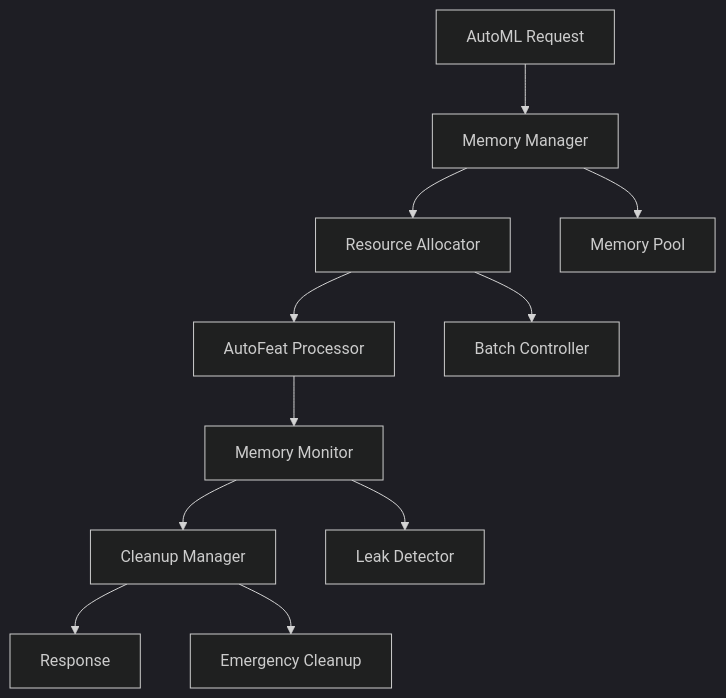
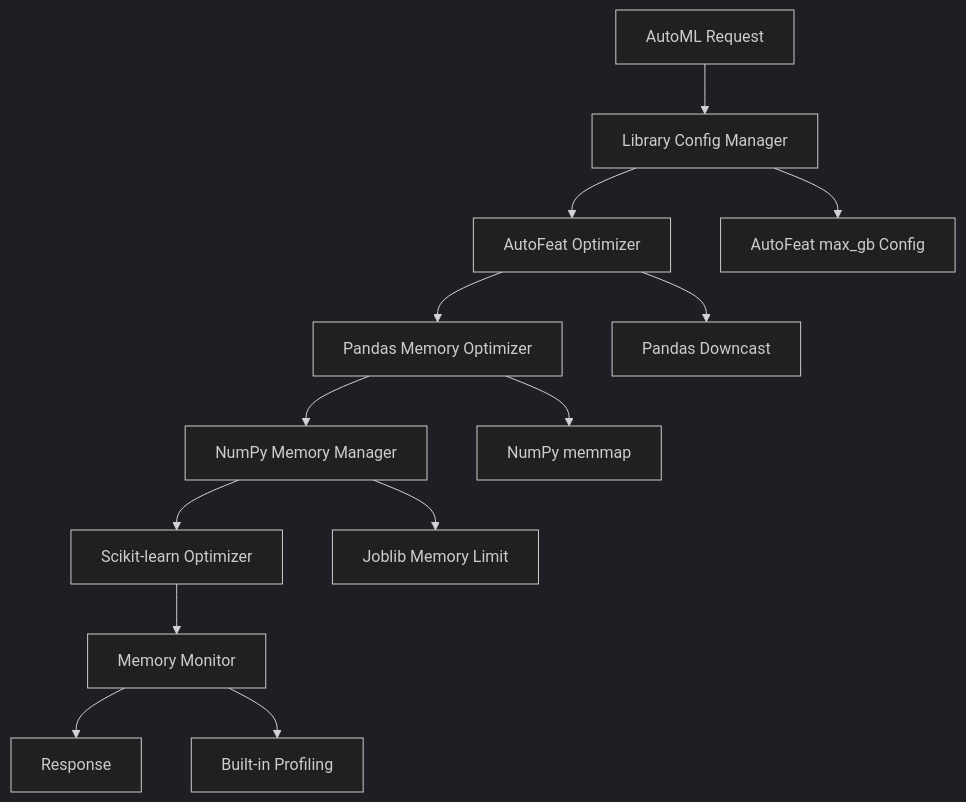
One commit to bads1de/trdinger changed the diagram in .kiro/specs/automl-memory-optimization/design.md. Above: the diagram before and after it, drawn with Mermaid (dark theme). The commit also changed other lines of this file and 2 other files, not shown here.

First line of the commit message:
docs: AutoMLメモリ管理最適化の設計書と実装計画を更新

````diff
--- a/.kiro/specs/automl-memory-optimization/design.md
+++ b/.kiro/specs/automl-memory-optimization/design.md
@@ -11,14 +11,16 @@
 ```mermaid
 graph TB
-    A[AutoML Request] --> B[Memory Manager]
-    B --> C[Resource Allocator]
-    C --> D[AutoFeat Processor]
-    D --> E[Memory Monitor]
-    E --> F[Cleanup Manager]
-    F --> G[Response]
+    A[AutoML Request] --> B[Library Config Manager]
+    B --> C[AutoFeat Optimizer]
+    C --> D[Pandas Memory Optimizer]
+    D --> E[NumPy Memory Manager]
+    E --> F[Scikit-learn Optimizer]
+    F --> G[Memory Monitor]
+    G --> H[Response]
 
-    B --> H[Memory Pool]
-    C --> I[Batch Controller]
-    E --> J[Leak Detector]
-    F --> K[Emergency Cleanup]
+    B --> I[AutoFeat max_gb Config]
+    C --> J[Pandas Downcast]
+    D --> K[NumPy memmap]
+    E --> L[Joblib Memory Limit]
+    G --> M[Built-in Profiling]
 ```
````
